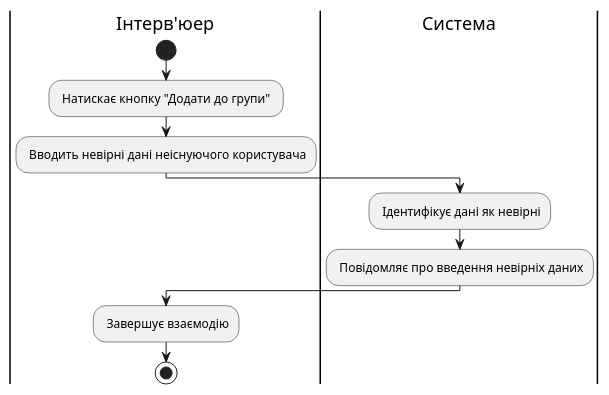
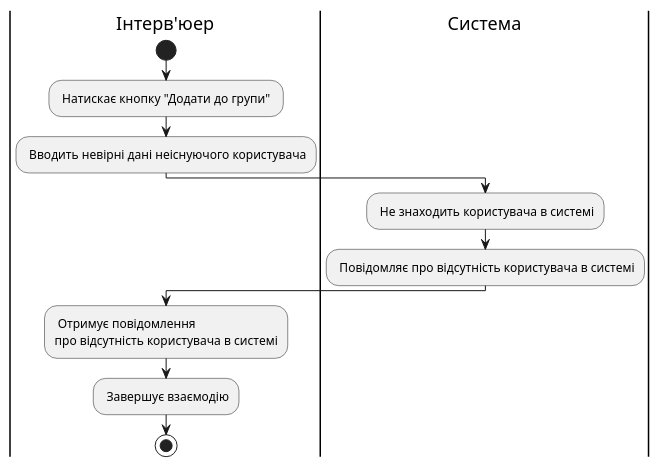
Diagram 20 of 22 in docs/use cases/README.md (michigang1/ImForms), drawn with PlantUML before and after one commit. The commit also changed other lines of this file, not shown here.

Commit message:
Lab 3 diagram editing

```diff
--- a/docs/use cases/README.md
+++ b/docs/use cases/README.md
@@ -910,15 +917,17 @@
 @startuml
 
 |Інтерв'юер|
 start
 : Натискає кнопку "Додати до групи" ;
 : Вводить невірні дані неіснуючого користувача;
 
 |Система|
-: Ідентифікує дані як невірні;
-: Повідомляє про введення невірніх даних;
+: Не знаходить користувача в системі;
+: Повідомляє про відсутність користувача в системі;
 
 |Інтерв'юер|
+: Отримує повідомлення
+про відсутність користувача в системі;
 : Завершує взаємодію;
 stop;
 @enduml
```
